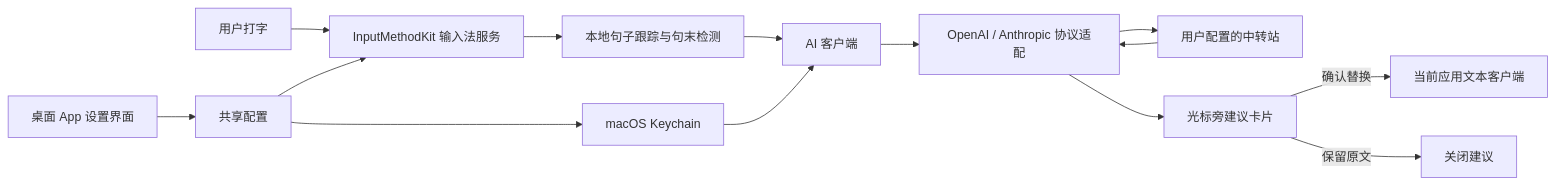
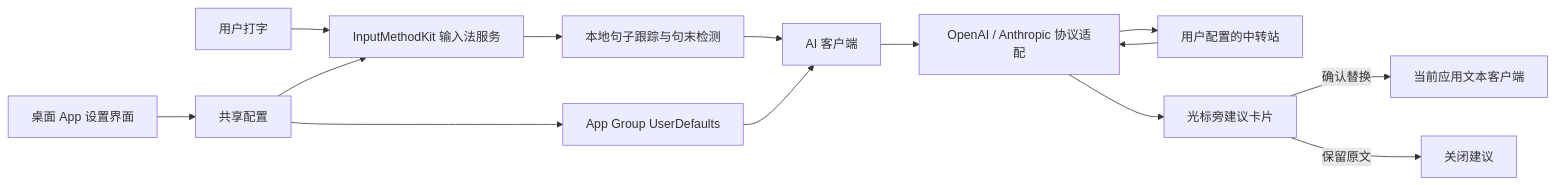
Before and after one commit to Rdjjjjj/Lucid: the diagram in 技术方案设计.md, drawn with Mermaid. The commit also changed other lines of this file and 73 other files, not shown here.

````diff
--- a/技术方案设计.md
+++ b/技术方案设计.md
@@ -78,15 +78,15 @@
 ```mermaid
 flowchart LR
   User[用户打字] --> IME[InputMethodKit 输入法服务]
   IME --> Detector[本地句子跟踪与句末检测]
   Detector --> AIClient[AI 客户端]
   AIClient --> Adapters[OpenAI / Anthropic 协议适配]
   Adapters --> Relay[用户配置的中转站]
   Relay --> Adapters --> Suggestion[光标旁建议卡片]
   Suggestion -->|确认替换| TextClient[当前应用文本客户端]
   Suggestion -->|保留原文| Dismiss[关闭建议]
   Settings[桌面 App 设置界面] --> Shared[共享配置]
   Shared --> IME
-  Shared --> Keychain[macOS Keychain]
-  Keychain --> AIClient
+  Shared --> Defaults[App Group UserDefaults]
+  Defaults --> AIClient
 ```
````
